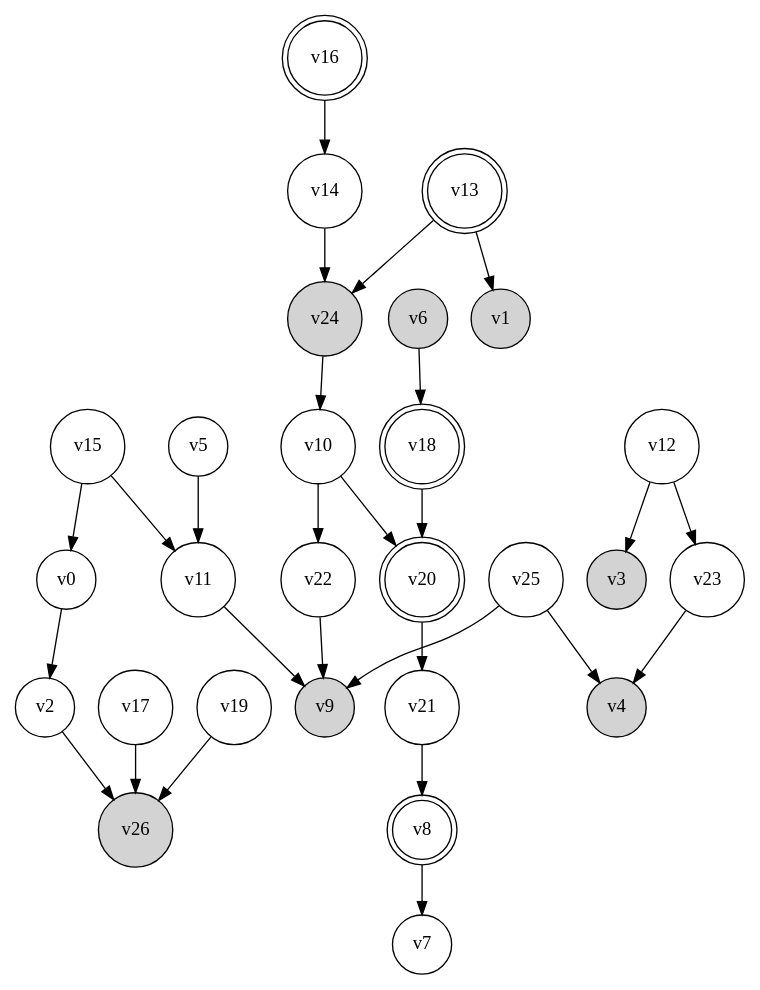
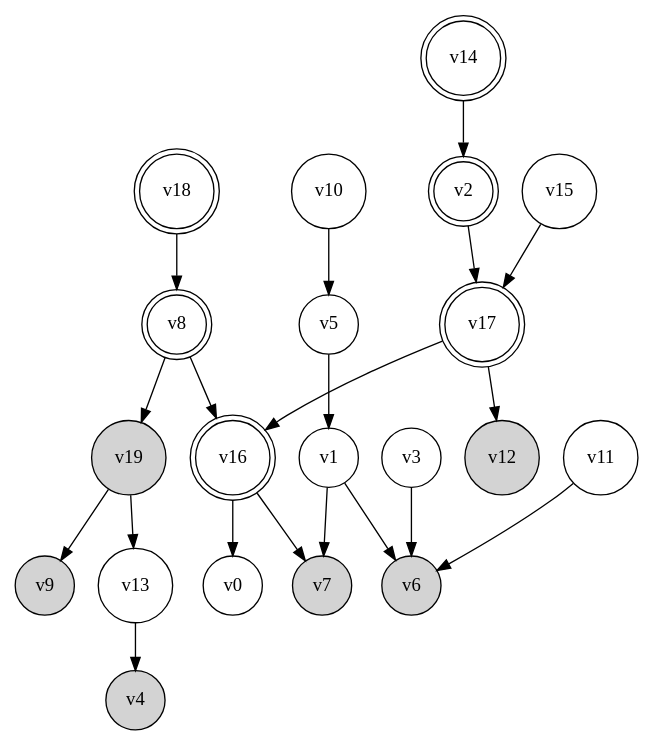
Before and after one commit to arthurhaiying/TestingBayesianNetwork: the diagram in polytree.gv, drawn with Graphviz. The commit also changed 28 other files, not shown here.

```diff
--- a/polytree.gv
+++ b/polytree.gv
@@ -1,56 +1,42 @@
 digraph {
 	rankdir=TD
 	v0 [shape=circle]
-	v1 [shape=circle style=filled]
-	v2 [shape=circle]
-	v3 [shape=circle style=filled]
+	v1 [shape=circle]
+	v2 [shape=doublecircle]
+	v3 [shape=circle]
 	v4 [shape=circle style=filled]
 	v5 [shape=circle]
 	v6 [shape=circle style=filled]
-	v7 [shape=circle]
+	v7 [shape=circle style=filled]
 	v8 [shape=doublecircle]
 	v9 [shape=circle style=filled]
 	v10 [shape=circle]
 	v11 [shape=circle]
-	v12 [shape=circle]
-	v13 [shape=doublecircle]
-	v14 [shape=circle]
+	v12 [shape=circle style=filled]
+	v13 [shape=circle]
+	v14 [shape=doublecircle]
 	v15 [shape=circle]
 	v16 [shape=doublecircle]
-	v17 [shape=circle]
+	v17 [shape=doublecircle]
 	v18 [shape=doublecircle]
-	v19 [shape=circle]
-	v20 [shape=doublecircle]
-	v21 [shape=circle]
-	v22 [shape=circle]
-	v23 [shape=circle]
-	v24 [shape=circle style=filled]
-	v25 [shape=circle]
-	v26 [shape=circle style=filled]
-	v0 -> v2
-	v2 -> v26
-	v5 -> v11
-	v6 -> v18
-	v8 -> v7
-	v10 -> v22
-	v10 -> v20
-	v11 -> v9
-	v12 -> v3
-	v12 -> v23
-	v13 -> v1
-	v13 -> v24
-	v14 -> v24
-	v15 -> v0
-	v15 -> v11
-	v16 -> v14
-	v17 -> v26
-	v18 -> v20
-	v19 -> v26
-	v20 -> v21
-	v21 -> v8
-	v22 -> v9
-	v23 -> v4
-	v24 -> v10
-	v25 -> v4
-	v25 -> v9
+	v19 [shape=circle style=filled]
+	v1 -> v6
+	v1 -> v7
+	v2 -> v17
+	v3 -> v6
+	v5 -> v1
+	v8 -> v16
+	v8 -> v19
+	v10 -> v5
+	v11 -> v6
+	v13 -> v4
+	v14 -> v2
+	v15 -> v17
+	v16 -> v0
+	v16 -> v7
+	v17 -> v16
+	v17 -> v12
+	v18 -> v8
+	v19 -> v13
+	v19 -> v9
 }
```
